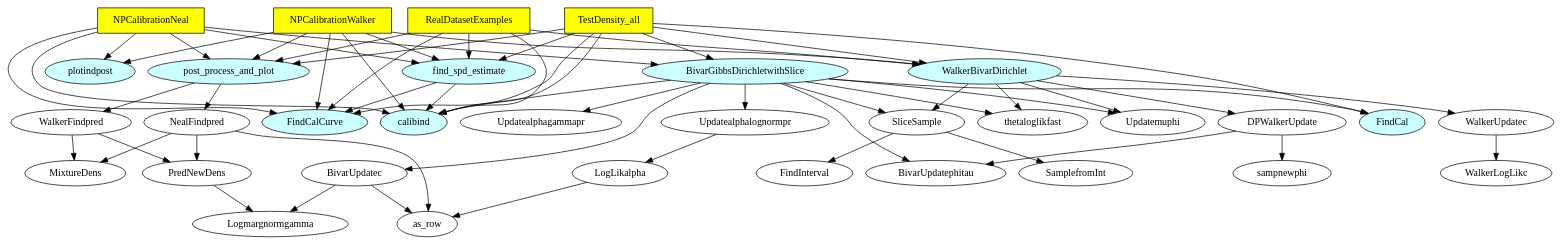
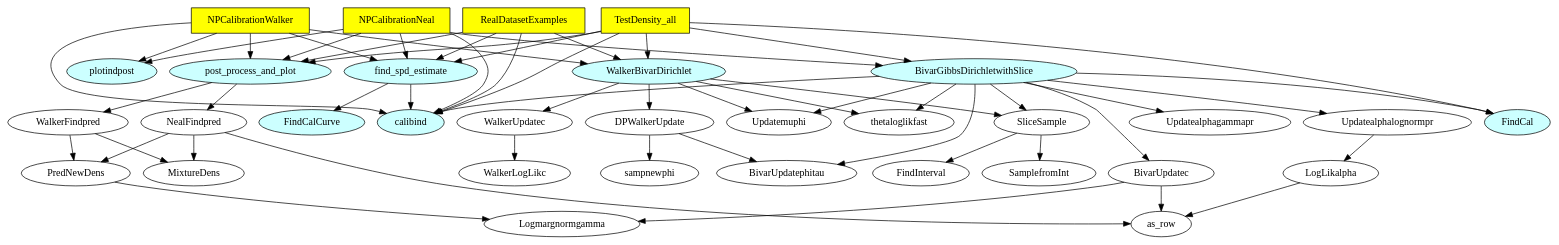
The diagram in call_graphs/call_graph_modified.dot (sara-amira-alassam/non-parametric-calibration-developement), drawn with Graphviz before and after one commit. The commit also changed 3 other files, not shown here.

```diff
--- a/call_graphs/call_graph_modified.dot
+++ b/call_graphs/call_graph_modified.dot
@@ -1,119 +1,114 @@
 digraph xyz {
 rankdir=TB;
 NPCalibrationWalker[shape=box, fillcolor="#FFFF00", style=filled]
 NPCalibrationNeal[shape=box, fillcolor="#FFFF00", style=filled]
 TestDensity_all[shape=box, fillcolor="#FFFF00", style=filled]
 RealDatasetExamples[shape=box, fillcolor="#FFFF00", style=filled]
 as_row[shape=ellipse]
 BivarGibbsDirichletwithSlice[shape=ellipse, fillcolor="#CCFFFF", style=filled]
 BivarUpdatec[shape=ellipse]
 BivarUpdatephitau[shape=ellipse]
 calibind[shape=ellipse, fillcolor="#CCFFFF", style=filled]
 DPWalkerUpdate[shape=ellipse]
 FindCal[shape=ellipse, fillcolor="#CCFFFF", style=filled]
 FindCalCurve[shape=ellipse, fillcolor="#CCFFFF", style=filled]
 find_spd_estimate[shape=ellipse, fillcolor="#CCFFFF", style=filled]
 FindInterval[shape=ellipse]
 LogLikalpha[shape=ellipse]
 Logmargnormgamma[shape=ellipse]
 MixtureDens[shape=ellipse]
 NealFindpred[shape=ellipse]
 post_process_and_plot[shape=ellipse, fillcolor="#CCFFFF", style=filled]
 plotindpost[shape=ellipse, fillcolor="#CCFFFF", style=filled]
 PredNewDens[shape=ellipse]
 SamplefromInt[shape=ellipse]
 sampnewphi[shape=ellipse]
 SliceSample[shape=ellipse]
 thetaloglikfast[shape=ellipse]
 Updatealphagammapr[shape=ellipse]
 Updatealphalognormpr[shape=ellipse]
 Updatemuphi[shape=ellipse]
 WalkerBivarDirichlet[shape=ellipse, fillcolor="#CCFFFF", style=filled]
 WalkerFindpred[shape=ellipse]
 WalkerLogLikc[shape=ellipse]
 WalkerUpdatec[shape=ellipse]
 
 NPCalibrationWalker -> WalkerBivarDirichlet
 RealDatasetExamples -> WalkerBivarDirichlet
 TestDensity_all -> WalkerBivarDirichlet
 
 NPCalibrationNeal -> BivarGibbsDirichletwithSlice
 TestDensity_all -> BivarGibbsDirichletwithSlice
 
 NPCalibrationWalker -> post_process_and_plot
 RealDatasetExamples -> post_process_and_plot
 NPCalibrationNeal -> post_process_and_plot
 TestDensity_all -> post_process_and_plot
 
 NPCalibrationWalker -> find_spd_estimate
 RealDatasetExamples -> find_spd_estimate
 NPCalibrationNeal -> find_spd_estimate
 TestDensity_all -> find_spd_estimate
 
 find_spd_estimate -> FindCalCurve
 find_spd_estimate -> calibind
 
 post_process_and_plot -> WalkerFindpred
 post_process_and_plot -> NealFindpred
 
 NealFindpred -> as_row
 BivarUpdatec -> as_row
 LogLikalpha -> as_row
 
 BivarGibbsDirichletwithSlice -> BivarUpdatec
 
 BivarGibbsDirichletwithSlice -> BivarUpdatephitau
 DPWalkerUpdate -> BivarUpdatephitau
 
 NPCalibrationNeal -> calibind
 NPCalibrationWalker -> calibind
 BivarGibbsDirichletwithSlice -> calibind
 RealDatasetExamples -> calibind
 TestDensity_all -> calibind
 
 WalkerBivarDirichlet -> DPWalkerUpdate
 
 BivarGibbsDirichletwithSlice -> FindCal
 
 TestDensity_all -> FindCal
 
-NPCalibrationNeal -> FindCalCurve
-NPCalibrationWalker -> FindCalCurve
-RealDatasetExamples -> FindCalCurve
-TestDensity_all -> FindCalCurve
-
 SliceSample -> FindInterval
 
 Updatealphalognormpr -> LogLikalpha
 
 PredNewDens -> Logmargnormgamma
 BivarUpdatec -> Logmargnormgamma
 
 NealFindpred -> MixtureDens
 WalkerFindpred -> MixtureDens
 
 NPCalibrationNeal -> plotindpost
 NPCalibrationWalker -> plotindpost
 
 NealFindpred -> PredNewDens
 WalkerFindpred -> PredNewDens
 
 SliceSample -> SamplefromInt
 
 DPWalkerUpdate -> sampnewphi
 
 BivarGibbsDirichletwithSlice -> SliceSample
 WalkerBivarDirichlet -> SliceSample
 
 BivarGibbsDirichletwithSlice -> thetaloglikfast
 WalkerBivarDirichlet -> thetaloglikfast
 
 BivarGibbsDirichletwithSlice -> Updatealphagammapr
 
 BivarGibbsDirichletwithSlice -> Updatealphalognormpr
 
 BivarGibbsDirichletwithSlice -> Updatemuphi
 WalkerBivarDirichlet -> Updatemuphi
 
 WalkerBivarDirichlet -> WalkerUpdatec -> WalkerLogLikc
 }
```
